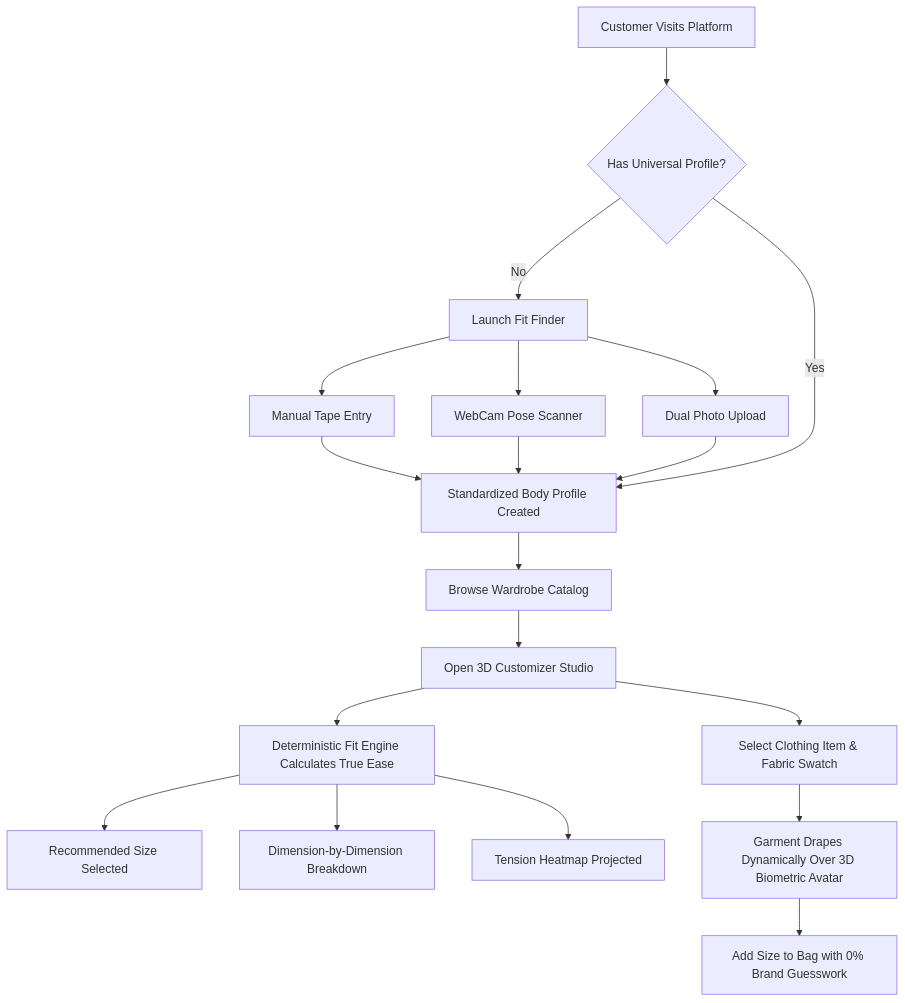
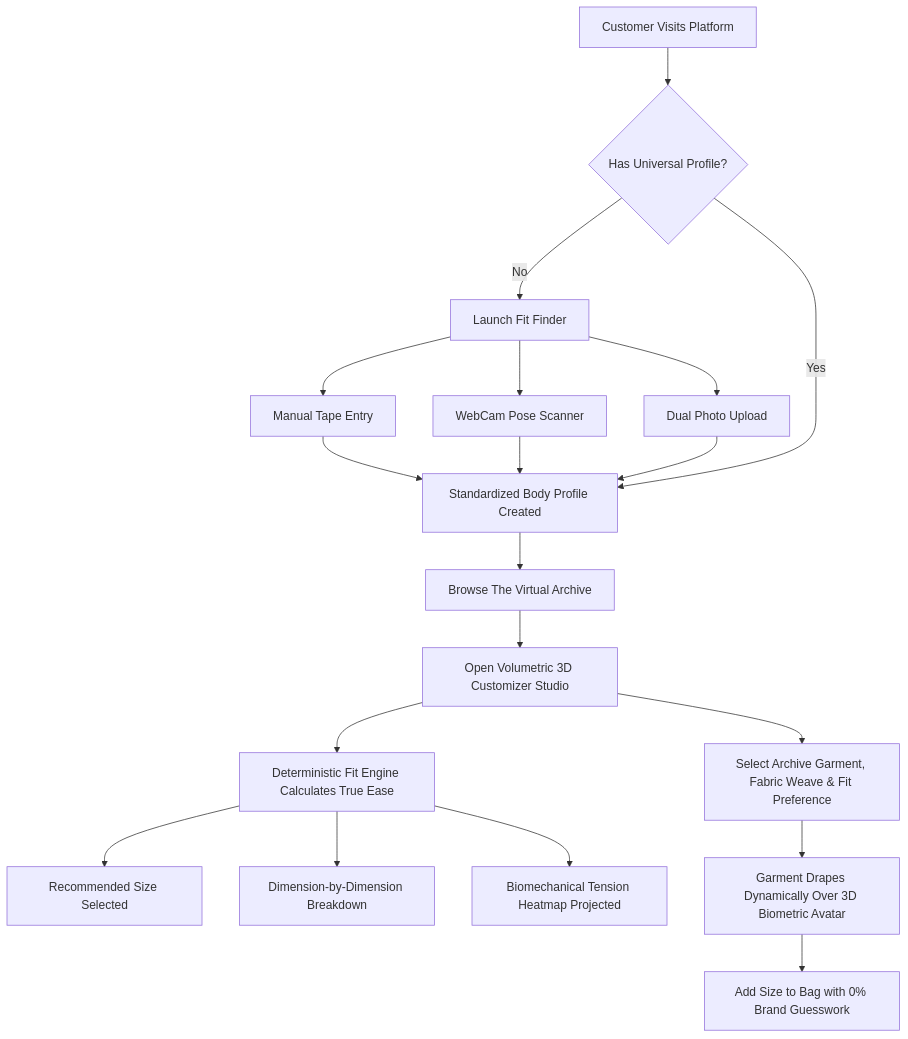
Before and after one commit to maddycode5/FitMatch-AI: the diagram in README.md, drawn with Mermaid. The commit also changed other lines of this file, not shown here.

Commit message:
docs: update README with Virtual Archive 3D garments, cloth physics, and balanced atelier layout

````diff
--- a/README.md
+++ b/README.md
@@ -197,21 +222,21 @@
 ```mermaid
 flowchart TD
     A["Customer Visits Platform"] --> B{"Has Universal Profile?"}
     B -- No --> C["Launch Fit Finder"]
     C --> D1["Manual Tape Entry"]
     C --> D2["WebCam Pose Scanner"]
     C --> D3["Dual Photo Upload"]
     D1 --> E["Standardized Body Profile Created"]
     D2 --> E
     D3 --> E
     B -- Yes --> E
-    E --> F["Browse Wardrobe Catalog"]
-    F --> G["Open 3D Customizer Studio"]
+    E --> F["Browse The Virtual Archive"]
+    F --> G["Open Volumetric 3D Customizer Studio"]
     G --> H["Deterministic Fit Engine Calculates True Ease"]
     H --> I1["Recommended Size Selected"]
     H --> I2["Dimension-by-Dimension Breakdown"]
-    H --> I3["Tension Heatmap Projected"]
-    G --> J["Select Clothing Item & Fabric Swatch"]
+    H --> I3["Biomechanical Tension Heatmap Projected"]
+    G --> J["Select Archive Garment, Fabric Weave & Fit Preference"]
     J --> K["Garment Drapes Dynamically Over 3D Biometric Avatar"]
     K --> L["Add Size to Bag with 0% Brand Guesswork"]
 ```
````
